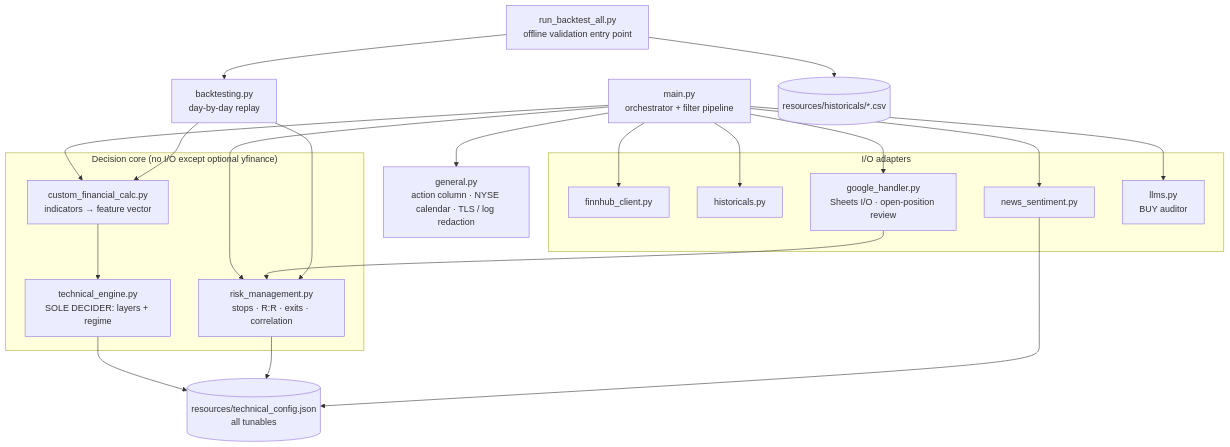
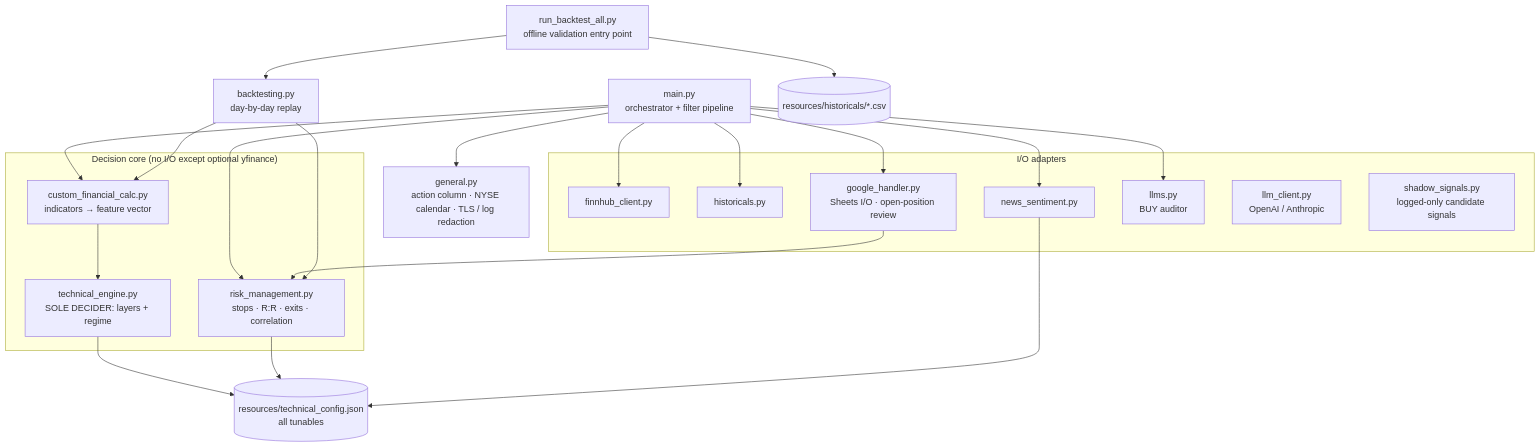
One commit to manu-gt-hub/trading_advisor changed the second of 9 diagrams in docs/ARCHITECTURE.md. Above: the diagram before and after it, drawn with Mermaid. The commit also changed other lines of this file and 71 other files, not shown here.

````diff
--- a/docs/ARCHITECTURE.md
+++ b/docs/ARCHITECTURE.md
@@ -58,33 +58,35 @@
 ```mermaid
 flowchart TB
     MAIN["main.py<br/>orchestrator + filter pipeline"]
     BT["run_backtest_all.py<br/>offline validation entry point"]
 
     subgraph IO["I/O adapters"]
         FC["finnhub_client.py"]
         HI["historicals.py"]
         GH["google_handler.py<br/>Sheets I/O · open-position review"]
         NS["news_sentiment.py"]
         LL["llms.py<br/>BUY auditor"]
+        LC["llm_client.py<br/>OpenAI / Anthropic"]
+        SH["shadow_signals.py<br/>logged-only candidate signals"]
     end
 
     subgraph CORE["Decision core (no I/O except optional yfinance)"]
         CFC["custom_financial_calc.py<br/>indicators → feature vector"]
         TE["technical_engine.py<br/>SOLE DECIDER: layers + regime"]
         RM["risk_management.py<br/>stops · R:R · exits · correlation"]
     end
 
     GEN["general.py<br/>action column · NYSE calendar · TLS / log redaction"]
     CFG[("resources/technical_config.json<br/>all tunables")]
     BTE["backtesting.py<br/>day-by-day replay"]
     CSV[("resources/historicals/*.csv")]
 
     MAIN --> FC & HI & CFC & LL & NS & GH & GEN & RM
     CFC --> TE
     TE --> CFG
     RM --> CFG
     NS --> CFG
     GH --> RM
     BT --> BTE --> CFC & RM
     BT --> CSV
 ```
````
